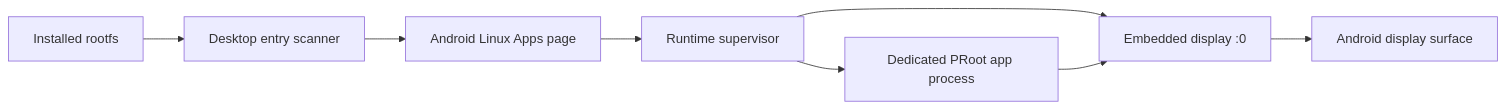
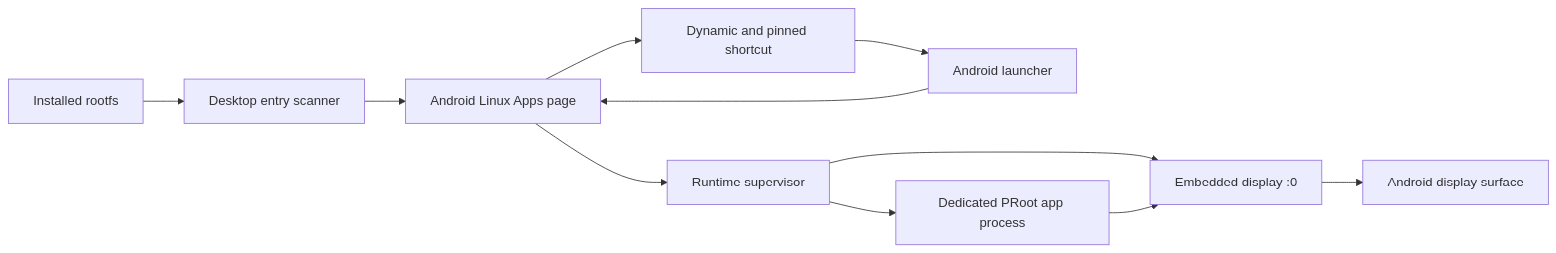
One commit to RandomCoderOrg/udroid-app changed the first of 2 diagrams in docs/LINUX_APPLICATION_LAUNCHER.md. Above: the diagram before and after it, drawn with Mermaid. The commit also changed other lines of this file and 7 other files, not shown here.

Commit message:
feat: pin Linux apps to Android launcher

````diff
--- a/docs/LINUX_APPLICATION_LAUNCHER.md
+++ b/docs/LINUX_APPLICATION_LAUNCHER.md
@@ -13,10 +13,13 @@
 ```mermaid
 flowchart LR
     Rootfs["Installed rootfs"] --> Scanner["Desktop entry scanner"]
     Scanner --> Catalog["Android Linux Apps page"]
+    Catalog --> Shortcut["Dynamic and pinned shortcut"]
+    Shortcut --> Launcher["Android launcher"]
+    Launcher --> Catalog
     Catalog --> Supervisor["Runtime supervisor"]
     Supervisor --> X11["Embedded display :0"]
     Supervisor --> App["Dedicated PRoot app process"]
     App --> X11
     X11 --> Surface["Android display surface"]
 ```
````
